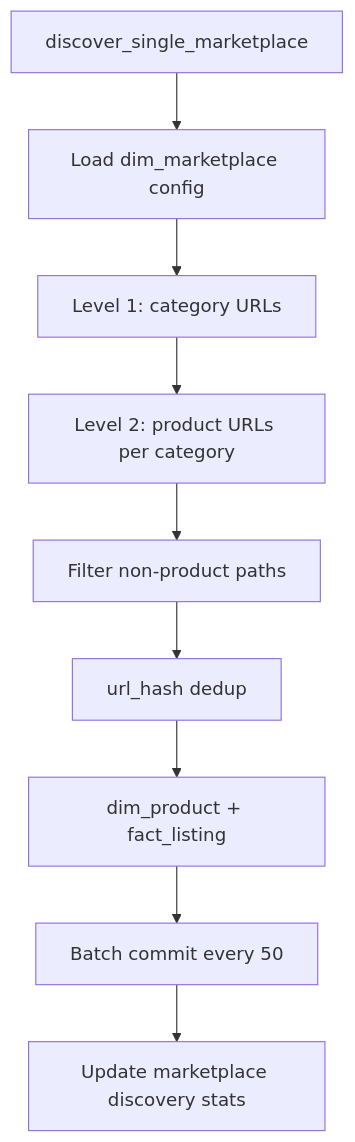
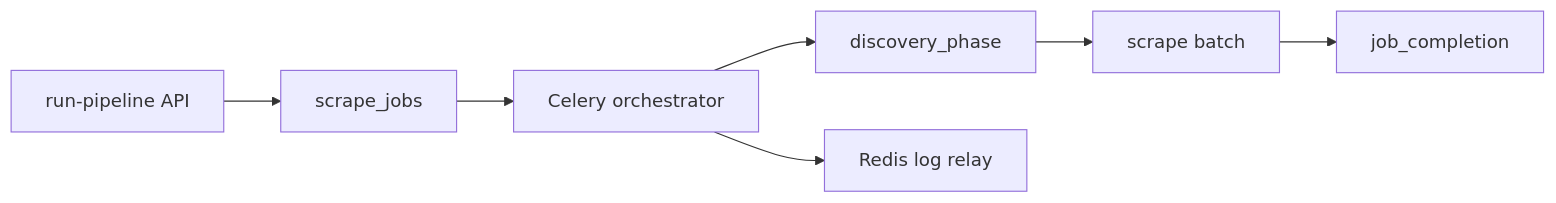
Before and after one commit to vladgorbachov/imperecta: the second of 3 diagrams in Imperecta_Parsing.md, drawn with Mermaid. The commit also changed other lines of this file and 33 other files, not shown here.

````diff
--- a/Imperecta_Parsing.md
+++ b/Imperecta_Parsing.md
@@ -347,11 +445,9 @@
 ```mermaid
-flowchart TD
-    A[discover_single_marketplace] --> B[Load dim_marketplace config]
-    B --> C[Level 1: category URLs]
-    C --> D[Level 2: product URLs per category]
-    D --> E[Filter non-product paths]
-    E --> F[url_hash dedup]
-    F --> G[dim_product + fact_listing]
-    G --> H[Batch commit every 50]
-    H --> I[Update marketplace discovery stats]
+flowchart LR
+    A[run-pipeline API] --> B[scrape_jobs]
+    B --> C[Celery orchestrator]
+    C --> D[discovery_phase]
+    D --> E[scrape batch]
+    E --> F[job_completion]
+    C --> R[Redis log relay]
 ```
````
